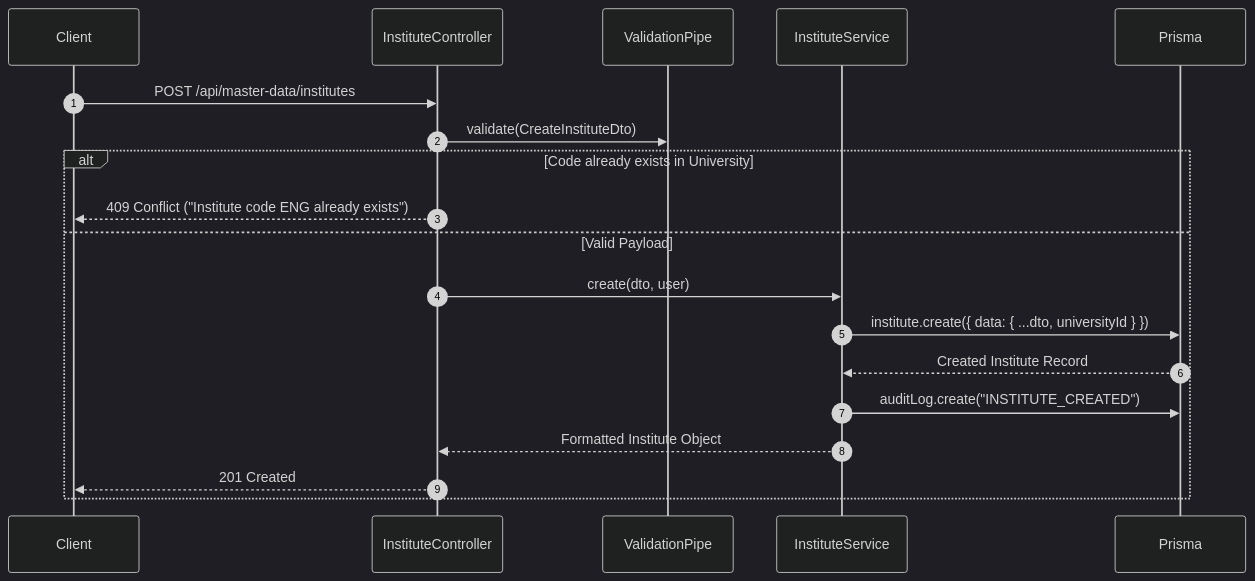
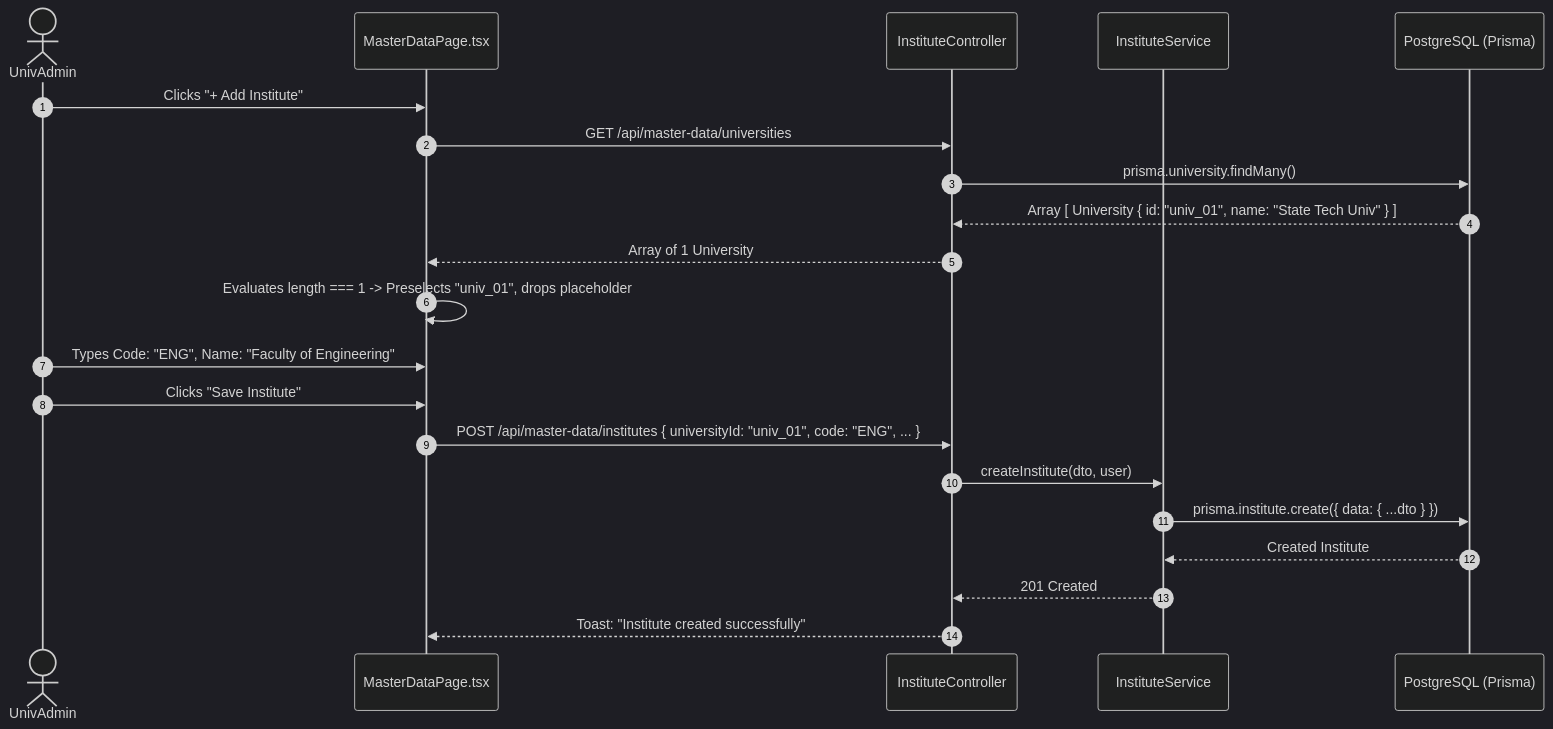
The first of 2 diagrams in flow/02_master_data_and_structure/END_TO_END_ACTION_PROCESSES.md (airaaa07/jubilant-lamp), drawn with Mermaid (dark theme) before and after one commit. The commit also changed other lines of this file and 8 other files, not shown here.

````diff
--- a/flow/02_master_data_and_structure/END_TO_END_ACTION_PROCESSES.md
+++ b/flow/02_master_data_and_structure/END_TO_END_ACTION_PROCESSES.md
@@ -9,16 +30,24 @@
 ```mermaid
 sequenceDiagram
     autonumber
-    Client->>InstituteController: POST /api/master-data/institutes
-    InstituteController->>ValidationPipe: validate(CreateInstituteDto)
-    alt Code already exists in University
-        InstituteController-->>Client: 409 Conflict ("Institute code ENG already exists")
-    else Valid Payload
-        InstituteController->>InstituteService: create(dto, user)
-        InstituteService->>Prisma: institute.create({ data: { ...dto, universityId } })
-        Prisma-->>InstituteService: Created Institute Record
-        InstituteService->>Prisma: auditLog.create("INSTITUTE_CREATED")
-        InstituteService-->>InstituteController: Formatted Institute Object
-        InstituteController-->>Client: 201 Created
-    end
+    actor Admin as UnivAdmin
+    participant UI as MasterDataPage.tsx
+    participant Ctrl as InstituteController
+    participant Service as InstituteService
+    participant DB as PostgreSQL (Prisma)
+
+    Admin->>UI: Clicks "+ Add Institute"
+    UI->>Ctrl: GET /api/master-data/universities
+    Ctrl->>DB: prisma.university.findMany()
+    DB-->>Ctrl: Array [ University { id: "univ_01", name: "State Tech Univ" } ]
+    Ctrl-->>UI: Array of 1 University
+    UI->>UI: Evaluates length === 1 -> Preselects "univ_01", drops placeholder
+    Admin->>UI: Types Code: "ENG", Name: "Faculty of Engineering"
+    Admin->>UI: Clicks "Save Institute"
+    UI->>Ctrl: POST /api/master-data/institutes { universityId: "univ_01", code: "ENG", ... }
+    Ctrl->>Service: createInstitute(dto, user)
+    Service->>DB: prisma.institute.create({ data: { ...dto } })
+    DB-->>Service: Created Institute
+    Service-->>Ctrl: 201 Created
+    Ctrl-->>UI: Toast: "Institute created successfully"
 ```
````
